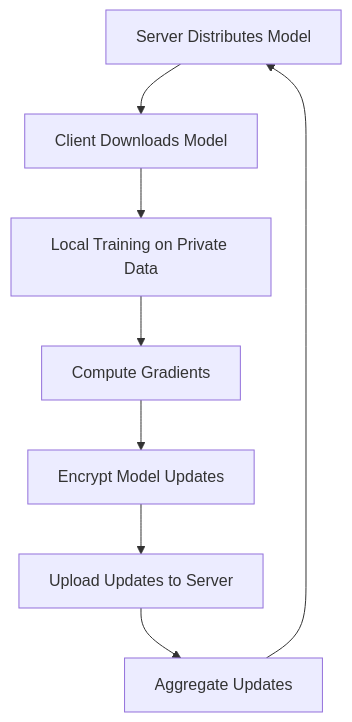
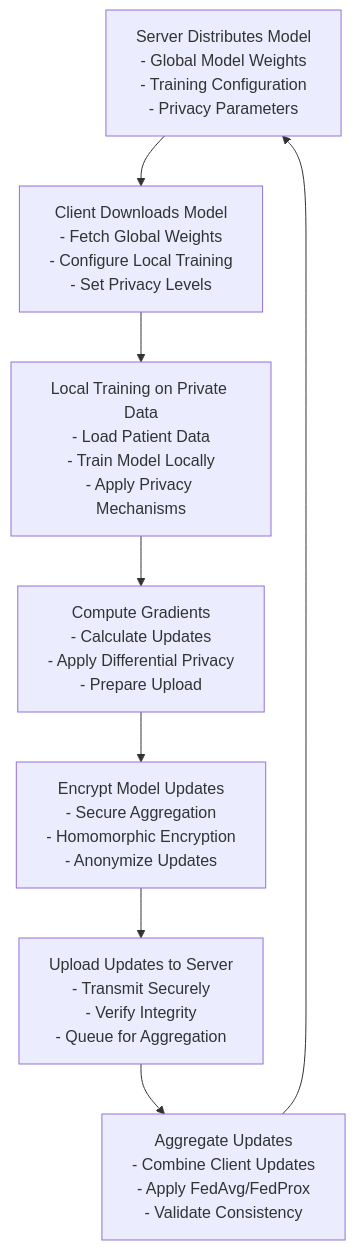
Before and after one commit to prathameshatkare/Final_Cystic_fibrosis_project: diagram 11 of 17 in DIAGRAMS.md, drawn with Mermaid. The commit also changed other lines of this file, not shown here.

Commit message:
diagrams

````diff
--- a/DIAGRAMS.md
+++ b/DIAGRAMS.md
@@ -153,10 +195,10 @@
 ```mermaid
 graph TD
-    A[Server Distributes Model] --> B[Client Downloads Model]
-    B --> C[Local Training on Private Data]
-    C --> D[Compute Gradients]
-    D --> E[Encrypt Model Updates]
-    E --> F[Upload Updates to Server]
-    F --> G[Aggregate Updates]
+    A[Server Distributes Model<br/>- Global Model Weights<br/>- Training Configuration<br/>- Privacy Parameters] --> B[Client Downloads Model<br/>- Fetch Global Weights<br/>- Configure Local Training<br/>- Set Privacy Levels]
+    B --> C[Local Training on Private Data<br/>- Load Patient Data<br/>- Train Model Locally<br/>- Apply Privacy Mechanisms]
+    C --> D[Compute Gradients<br/>- Calculate Updates<br/>- Apply Differential Privacy<br/>- Prepare Upload]
+    D --> E[Encrypt Model Updates<br/>- Secure Aggregation<br/>- Homomorphic Encryption<br/>- Anonymize Updates]
+    E --> F[Upload Updates to Server<br/>- Transmit Securely<br/>- Verify Integrity<br/>- Queue for Aggregation]
+    F --> G[Aggregate Updates<br/>- Combine Client Updates<br/>- Apply FedAvg/FedProx<br/>- Validate Consistency]
     G --> A
 ```
````
